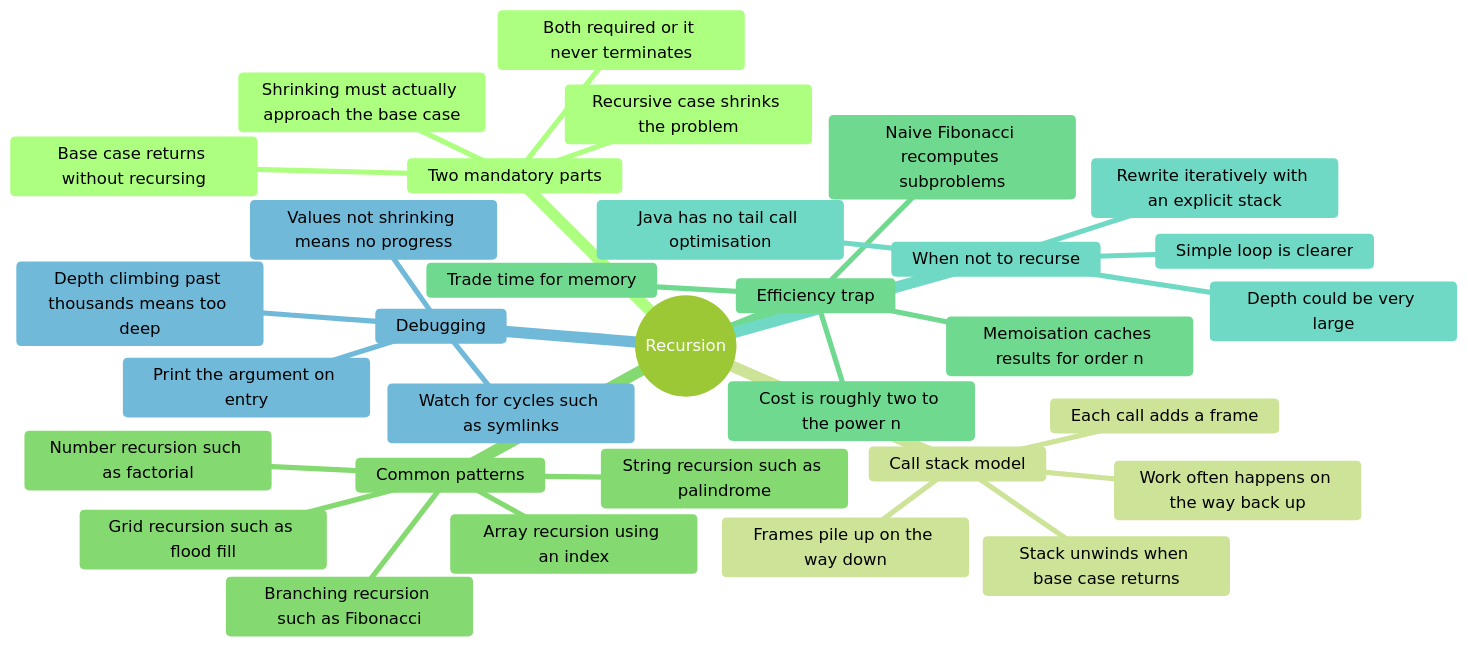
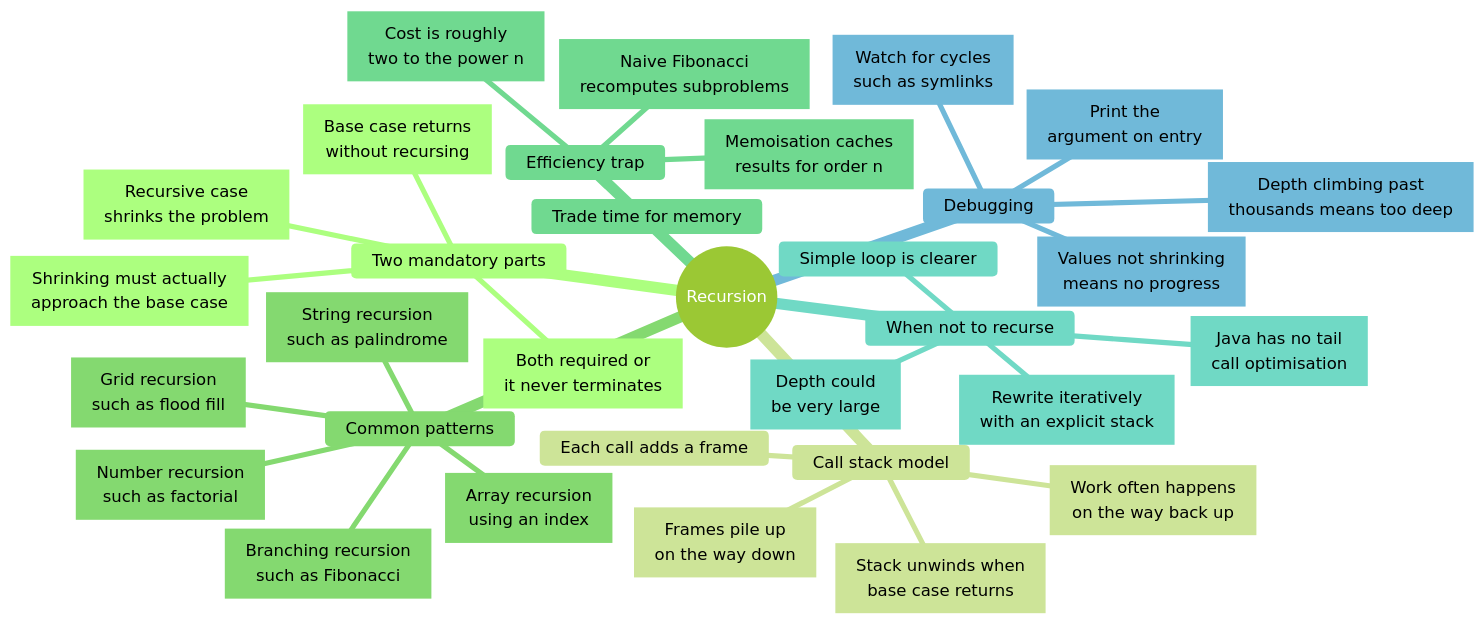
The third of 10 diagrams in notes/shared/mind maps/revision_t00_t09.md (nmcguinness/L8-OOP-Module-Content), drawn with Mermaid before and after one commit. The commit also changed other lines of this file and 421 other files, not shown here.

Commit message:
Updated mermaid diagrams and note layout for topics 9-24.

````diff
--- a/notes/shared/mind maps/revision_t00_t09.md
+++ b/notes/shared/mind maps/revision_t00_t09.md
@@ -316,45 +382,67 @@
 ```mermaid
 ---
 title: "Recursion"
 accDescr: "Mind map of Recursion. Branches: Two mandatory parts; Call stack model; Common patterns; Efficiency trap; When not to recurse; Debugging."
 ---
-%%{init: { "theme": "forest" }}%%
+%%{init: { "theme": "forest", "markdownAutoWrap": false, "mindmap": { "maxNodeWidth": 300 } }}%%
 mindmap
   root((Recursion))
     Two mandatory parts
-      Base case returns without recursing
-      Recursive case shrinks the problem
-      Both required or it never terminates
-      Shrinking must actually approach the base case
+      n1["`Base case returns
+      without recursing`"]
+      n2["`Recursive case
+      shrinks the problem`"]
+      n3["`Both required or
+      it never terminates`"]
+      n4["`Shrinking must actually
+      approach the base case`"]
 
     Call stack model
       Each call adds a frame
-      Frames pile up on the way down
-      Work often happens on the way back up
-      Stack unwinds when base case returns
+      n5["`Frames pile up
+      on the way down`"]
+      n6["`Work often happens
+      on the way back up`"]
+      n7["`Stack unwinds when
+      base case returns`"]
 
     Common patterns
-      Number recursion such as factorial
-      Array recursion using an index
-      String recursion such as palindrome
-      Branching recursion such as Fibonacci
-      Grid recursion such as flood fill
+      n8["`Number recursion
+      such as factorial`"]
+      n9["`Array recursion
+      using an index`"]
+      n10["`String recursion
+      such as palindrome`"]
+      n11["`Branching recursion
+      such as Fibonacci`"]
+      n12["`Grid recursion
+      such as flood fill`"]
 
     Efficiency trap
-      Naive Fibonacci recomputes subproblems
-      Cost is roughly two to the power n
-      Memoisation caches results for order n
+      n13["`Naive Fibonacci
+      recomputes subproblems`"]
+      n14["`Cost is roughly
+      two to the power n`"]
+      n15["`Memoisation caches
+      results for order n`"]
       Trade time for memory
 
     When not to recurse
-      Depth could be very large
-      Java has no tail call optimisation
+      n16["`Depth could
+      be very large`"]
+      n17["`Java has no tail
+      call optimisation`"]
       Simple loop is clearer
-      Rewrite iteratively with an explicit stack
+      n18["`Rewrite iteratively
+      with an explicit stack`"]
 
     Debugging
-      Print the argument on entry
-      Values not shrinking means no progress
-      Depth climbing past thousands means too deep
-      Watch for cycles such as symlinks
+      n19["`Print the
+      argument on entry`"]
+      n20["`Values not shrinking
+      means no progress`"]
+      n21["`Depth climbing past
+      thousands means too deep`"]
+      n22["`Watch for cycles
+      such as symlinks`"]
 ```
````
